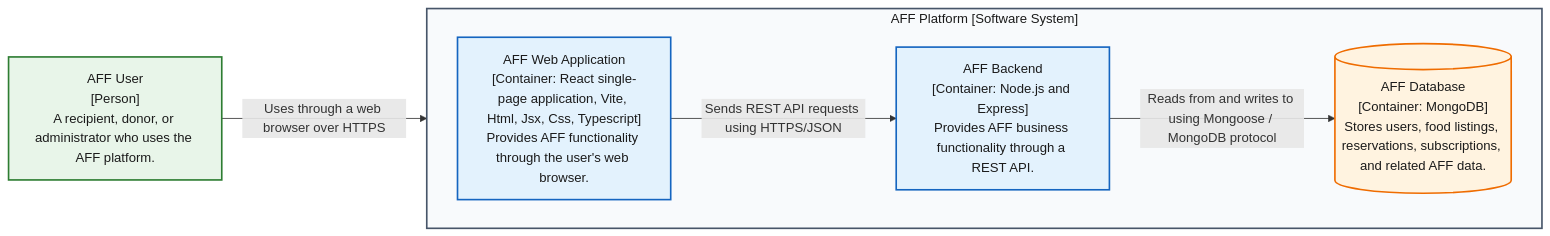
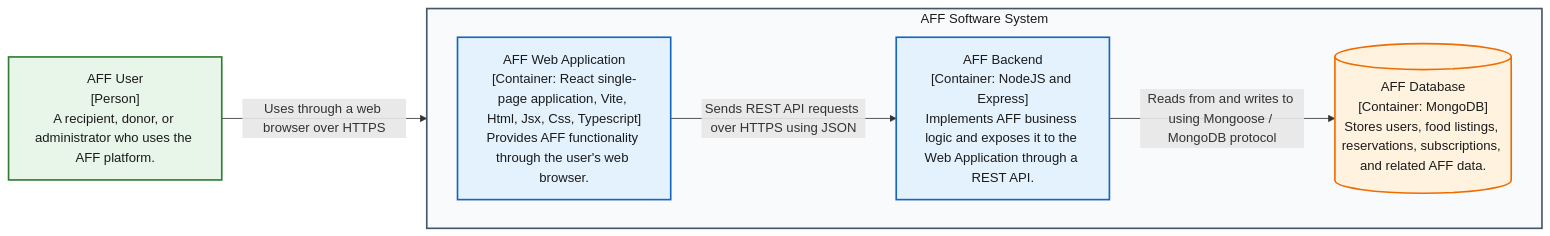
Before and after one commit to 2026B-FullStackDevelopment/aff: the diagram in docs/container-diagram.md, drawn with Mermaid.

Commit message:
Update container diagram descriptions

````diff
--- a/docs/container-diagram.md
+++ b/docs/container-diagram.md
@@ -5,25 +5,25 @@
 ```mermaid
 %%{init: {"flowchart": {"curve": "linear"}}}%%
 flowchart LR
   user["AFF User<br/>[Person]<br/>A recipient, donor, or administrator who uses the AFF platform."]
 
-  subgraph aff["AFF Platform [Software System]"]
+  subgraph aff["AFF Software System"]
     direction LR
     web["AFF Web Application<br/>[Container: React single-page application, Vite, Html, Jsx, Css, Typescript]<br/>Provides AFF functionality through the user's web browser."]
-    backend["AFF Backend<br/>[Container: Node.js and Express]<br/>Provides AFF business functionality through a REST API."]
+    backend["AFF Backend<br/>[Container: NodeJS and Express]<br/>Implements AFF business logic and exposes it to the Web Application through a REST API."]
     database[("AFF Database<br/>[Container: MongoDB]<br/>Stores users, food listings, reservations, subscriptions, and related AFF data.")]
 
-    web -->|"Sends REST API requests using HTTPS/JSON"| backend
+    web -->|"Sends REST API requests over HTTPS using JSON"| backend
     backend -->|"Reads from and writes to using Mongoose / MongoDB protocol"| database
   end
 
   user -->|"Uses through a web browser over HTTPS"| web
 
   classDef person fill:#E8F5E9,stroke:#2E7D32,color:#1B1B1B,stroke-width:2px;
   classDef application fill:#E3F2FD,stroke:#1565C0,color:#1B1B1B,stroke-width:2px;
   classDef dataStore fill:#FFF3E0,stroke:#EF6C00,color:#1B1B1B,stroke-width:2px;
   class user person;
   class web,backend application;
   class database dataStore;
   style aff fill:#F8FAFC,stroke:#475569,color:#1B1B1B,stroke-width:2px;
 ```
````
